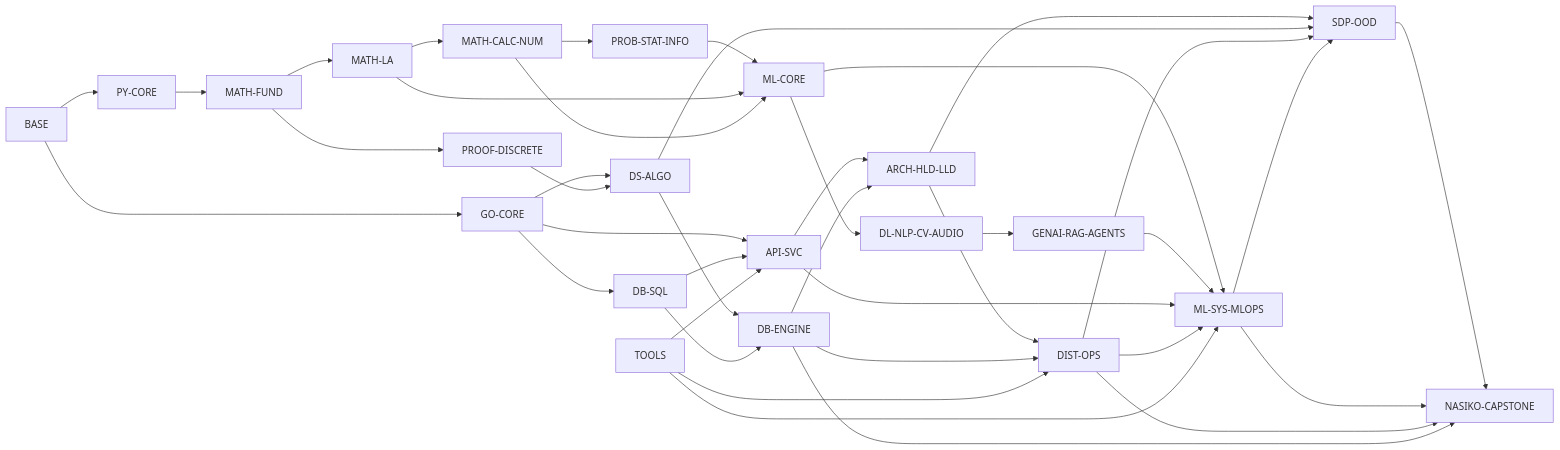
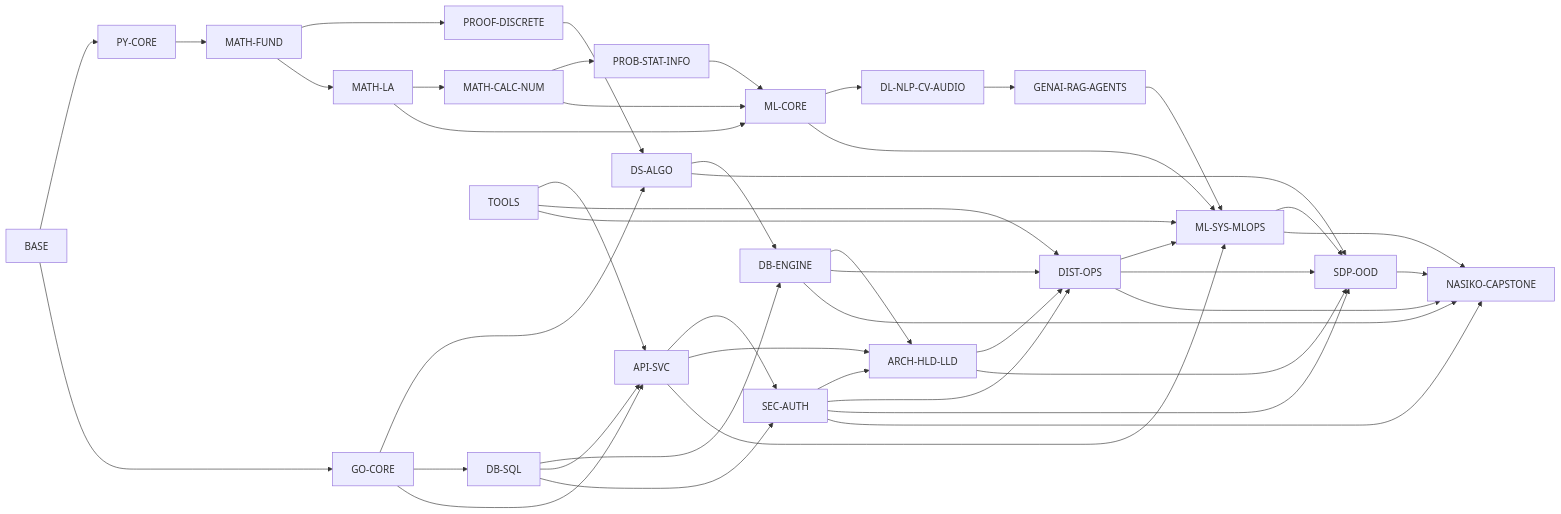
The first of 2 diagrams in unified-curriculum.md (anonymous-oracle/sde), drawn with Mermaid before and after one commit. The commit also changed other lines of this file and 3 other files, not shown here.

````diff
--- a/unified-curriculum.md
+++ b/unified-curriculum.md
@@ -90,41 +131,47 @@
 ```mermaid
 flowchart LR
     BASE --> PY[PY-CORE]
     BASE --> GO[GO-CORE]
     PY --> MF[MATH-FUND]
     MF --> PD[PROOF-DISCRETE]
     MF --> LA[MATH-LA]
     LA --> CALC[MATH-CALC-NUM]
     CALC --> STAT[PROB-STAT-INFO]
     STAT --> ML[ML-CORE]
     LA --> ML
     CALC --> ML
     ML --> DL[DL-NLP-CV-AUDIO]
     DL --> GENAI[GENAI-RAG-AGENTS]
     GO --> DS[DS-ALGO]
     PD --> DS
     GO --> SQL[DB-SQL]
     DS --> DBE[DB-ENGINE]
     SQL --> DBE
     GO --> API[API-SVC]
     SQL --> API
+    API --> SEC[SEC-AUTH]
+    SQL --> SEC
     API --> ARCH[ARCH-HLD-LLD]
+    SEC --> ARCH
     DBE --> ARCH
     ARCH --> DIST[DIST-OPS]
+    SEC --> DIST
     DBE --> DIST
     ML --> MLSYS[ML-SYS-MLOPS]
     GENAI --> MLSYS
     API --> MLSYS
     DIST --> MLSYS
     ARCH --> SDP[SDP-OOD]
     DS --> SDP
+    SEC --> SDP
     DIST --> SDP
     MLSYS --> SDP
     TOOLS --> API
     TOOLS --> DIST
     TOOLS --> MLSYS
     SDP --> NASIKO[NASIKO-CAPSTONE]
     MLSYS --> NASIKO
     DIST --> NASIKO
     DBE --> NASIKO
+    SEC --> NASIKO
 ```
````
